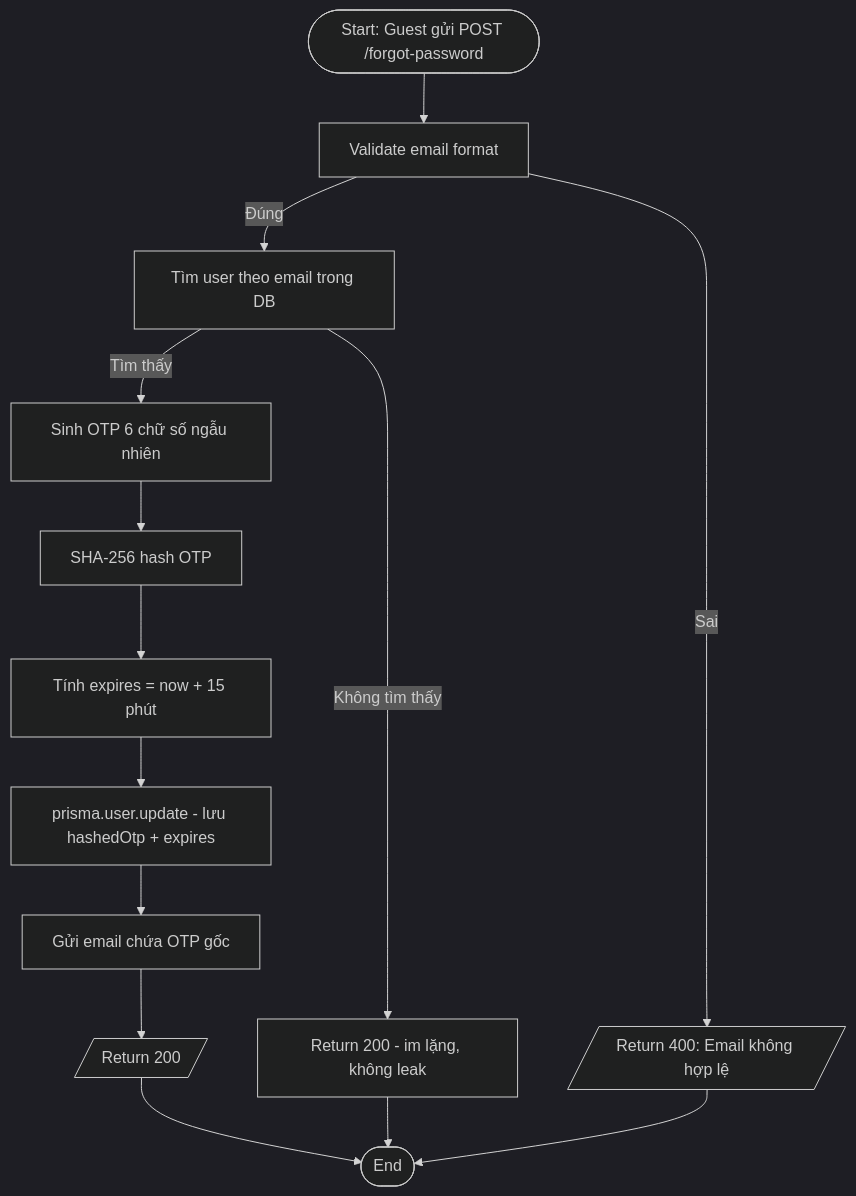
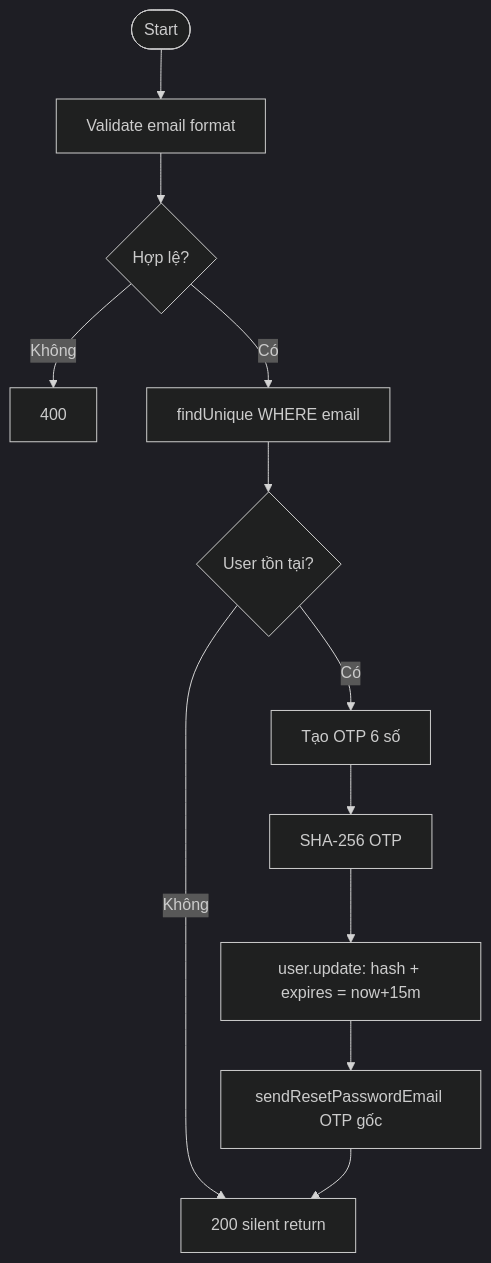
The fourth of 7 diagrams in docs/Auth/ActivityDiagram.md (phamvinh203/mobivexa), drawn with Mermaid (dark theme) before and after one commit. The commit also changed other lines of this file and 79 other files, not shown here.

Commit message:
📜 Add documentation for Inventory and Favorite modules including Use Cases, API Specifications, and Activity Diagrams

````diff
--- a/docs/Auth/ActivityDiagram.md
+++ b/docs/Auth/ActivityDiagram.md
@@ -88,16 +68,14 @@
 ```mermaid
 flowchart TD
-    A([Start: Guest gửi POST /forgot-password]) --> B[Validate email format]
-    B -->|Sai| E1[/Return 400: Email không hợp lệ/]
-    B -->|Đúng| C[Tìm user theo email trong DB]
-    C -->|Không tìm thấy| SILENT[Return 200 - im lặng, không leak]
-    C -->|Tìm thấy| D[Sinh OTP 6 chữ số ngẫu nhiên]
-    D --> E[SHA-256 hash OTP]
-    E --> F[Tính expires = now + 15 phút]
-    F --> G[prisma.user.update - lưu hashedOtp + expires]
-    G --> H[Gửi email chứa OTP gốc]
-    H --> I[/Return 200/]
-    I --> Z([End])
-    SILENT --> Z
-    E1 --> Z
+    A([Start]) --> B[Validate email format]
+    B --> C{Hợp lệ?}
+    C -- Không --> E1[400]
+    C -- Có --> D[findUnique WHERE email]
+    D --> E{User tồn tại?}
+    E -- Không --> Z[200 silent return]
+    E -- Có --> F[Tạo OTP 6 số]
+    F --> G[SHA-256 OTP]
+    G --> H[user.update: hash + expires = now+15m]
+    H --> I[sendResetPasswordEmail OTP gốc]
+    I --> Z
 ```
````
